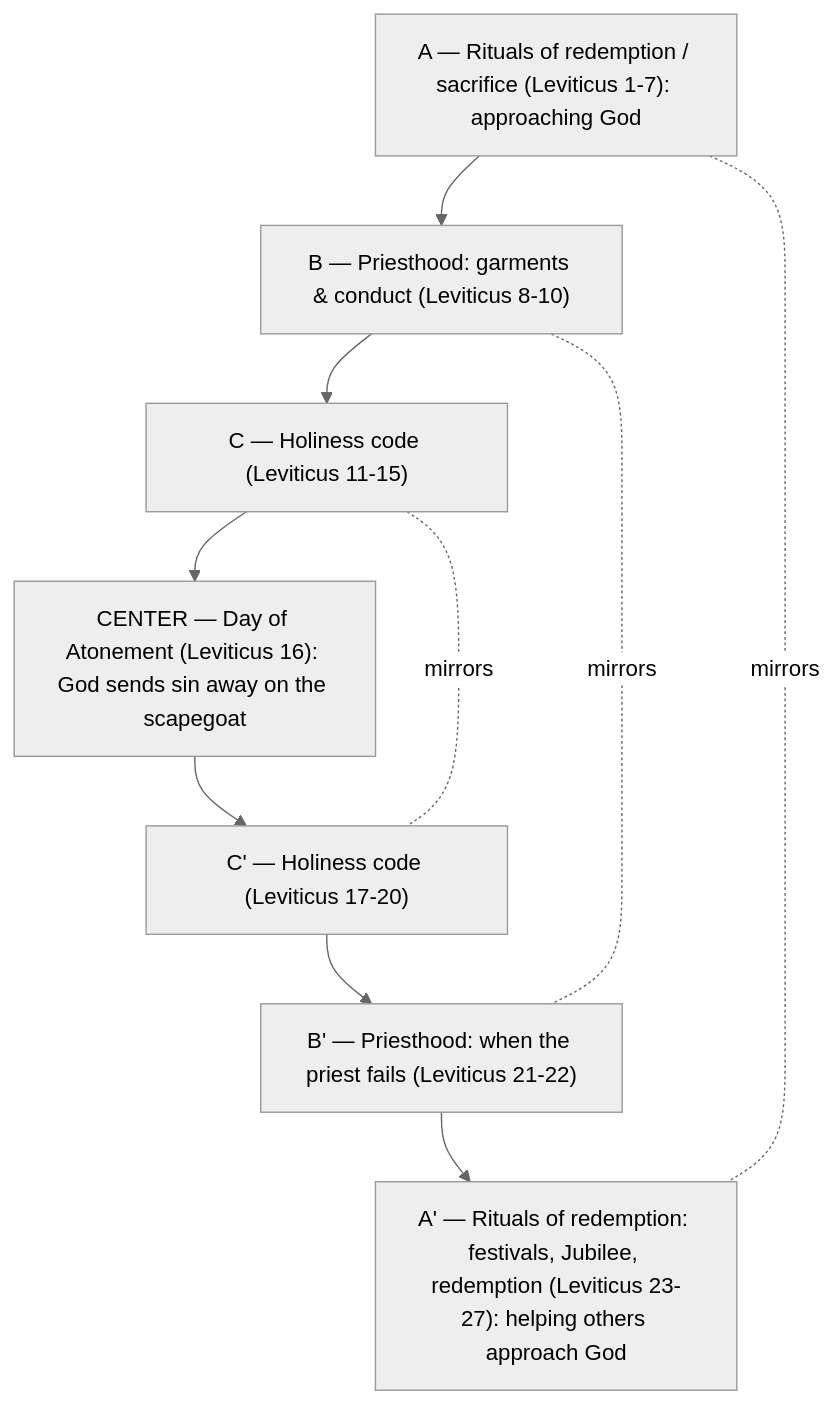
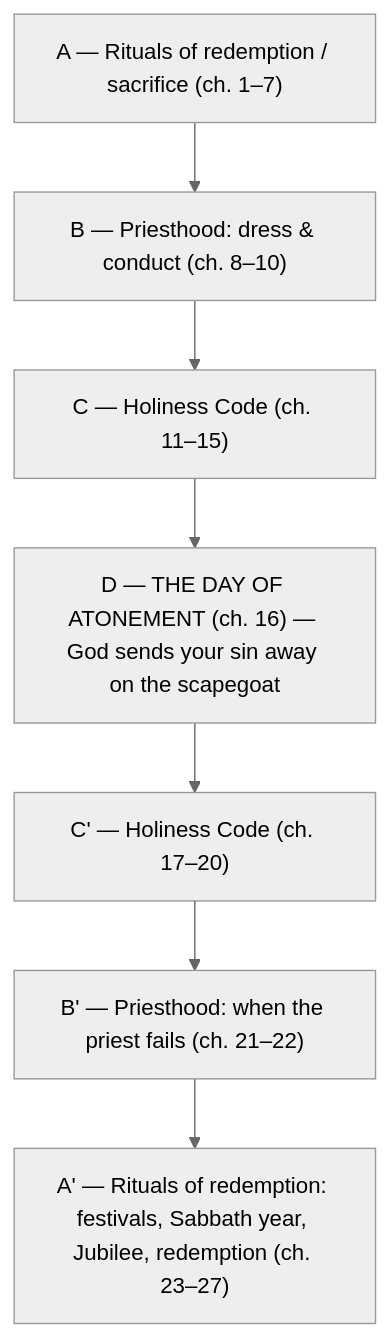
Before and after one commit to rmaloneycvg/bema: the diagram in study-guides/1-25-a-kingdom-of-what.md, drawn with Mermaid (neutral theme). The commit also changed other lines of this file and 35 other files, not shown here.

````diff
--- a/study-guides/1-25-a-kingdom-of-what.md
+++ b/study-guides/1-25-a-kingdom-of-what.md
@@ -54,14 +53,11 @@
 ```mermaid
 flowchart TB
-  A1["A — Rituals of redemption / sacrifice (Leviticus 1-7): approaching God"]
-  B1["B — Priesthood: garments & conduct (Leviticus 8-10)"]
-  C1["C — Holiness code (Leviticus 11-15)"]
-  D["CENTER — Day of Atonement (Leviticus 16): God sends sin away on the scapegoat"]
-  C2["C' — Holiness code (Leviticus 17-20)"]
-  B2["B' — Priesthood: when the priest fails (Leviticus 21-22)"]
-  A2["A' — Rituals of redemption: festivals, Jubilee, redemption (Leviticus 23-27): helping others approach God"]
-  A1 --> B1 --> C1 --> D --> C2 --> B2 --> A2
-  A1 -. mirrors .- A2
-  B1 -. mirrors .- B2
-  C1 -. mirrors .- C2
+    A["A — Rituals of redemption / sacrifice (ch. 1–7)"]
+    B["B — Priesthood: dress & conduct (ch. 8–10)"]
+    C["C — Holiness Code (ch. 11–15)"]
+    D["D — THE DAY OF ATONEMENT (ch. 16) — God sends your sin away on the scapegoat"]
+    C2["C' — Holiness Code (ch. 17–20)"]
+    B2["B' — Priesthood: when the priest fails (ch. 21–22)"]
+    A2["A' — Rituals of redemption: festivals, Sabbath year, Jubilee, redemption (ch. 23–27)"]
+    A --> B --> C --> D --> C2 --> B2 --> A2
 ```
````
